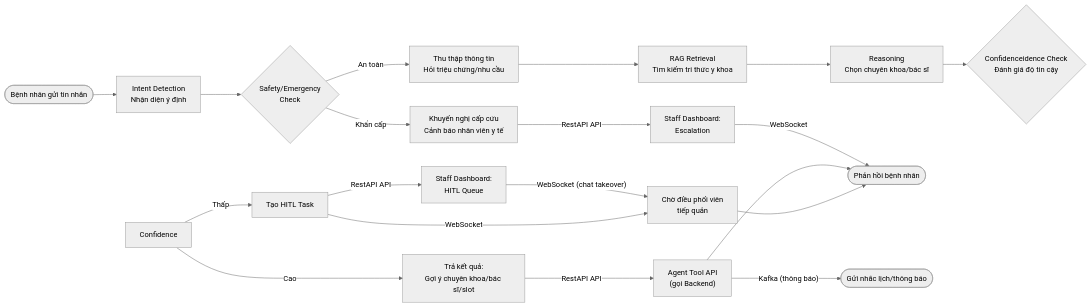
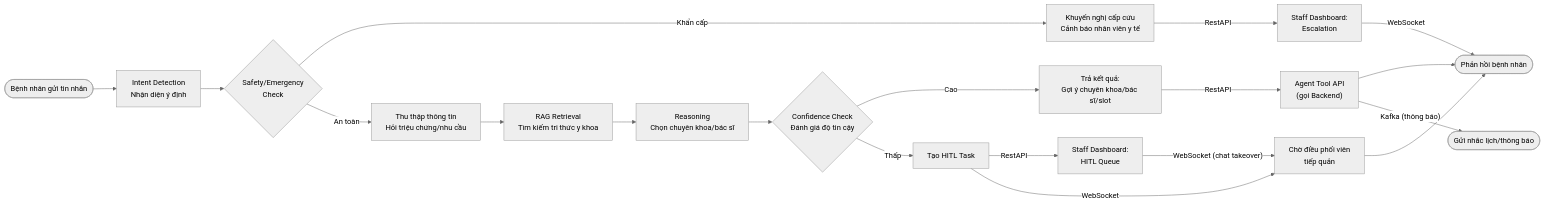
The second of 3 diagrams in ARCHITECTURE.md (MaiVanTruong2310/T24-Build-Phase-AI-In-Action), drawn with Mermaid (neutral theme) before and after one commit.

Commit message:
chore: sửa format văn bản tài liệu architecture

````diff
--- a/ARCHITECTURE.md
+++ b/ARCHITECTURE.md
@@ -101,27 +101,27 @@
 ```mermaid
 flowchart LR
     Start(["Bệnh nhân gửi tin nhắn"]) --> Intent["Intent Detection<br/>Nhận diện ý định"]
     Intent --> Safety{"Safety/Emergency<br/>Check"}
 
     Safety -->|"Khẩn cấp"| Emg["Khuyến nghị cấp cứu<br/>Cảnh báo nhân viên y tế"]
-    Emg -->|"RestAPI API"| HITL1["Staff Dashboard:<br/>Escalation"]
+    Emg -->|"RestAPI"| HITL1["Staff Dashboard:<br/>Escalation"]
 
     Safety -->|"An toàn"| Gather["Thu thập thông tin<br/>Hỏi triệu chứng/nhu cầu"]
     Gather --> RAG["RAG Retrieval<br/>Tìm kiếm tri thức y khoa"]
     RAG --> Reason["Reasoning<br/>Chọn chuyên khoa/bác sĩ"]
-    Reason --> Confidenceidence{"Confidenceidence Check<br/>Đánh giá độ tin cậy"}
+    Reason --> Confidence{"Confidence Check<br/>Đánh giá độ tin cậy"}
 
     Confidence -->|"Cao"| Suggest["Trả kết quả:<br/>Gợi ý chuyên khoa/bác sĩ/slot"]
-    Suggest -->|"RestAPI API"| ToolCall["Agent Tool API<br/>(gọi Backend)"]
+    Suggest -->|"RestAPI"| ToolCall["Agent Tool API<br/>(gọi Backend)"]
 
     Confidence -->|"Thấp"| HandOff["Tạo HITL Task"]
-    HandOff -->|"RestAPI API"| HITL2["Staff Dashboard:<br/>HITL Queue"]
+    HandOff -->|"RestAPI"| HITL2["Staff Dashboard:<br/>HITL Queue"]
     HandOff -->|"WebSocket"| Waiting["Chờ điều phối viên<br/>tiếp quản"]
 
     HITL2 -->|"WebSocket (chat takeover)"| Waiting
     Waiting --> Reply(["Phản hồi bệnh nhân"])
     ToolCall --> Reply
     HITL1 -->|"WebSocket"| Reply
 
     ToolCall -->|"Kafka (thông báo)"| Notify(["Gửi nhắc lịch/thông báo"])
 ```
````
